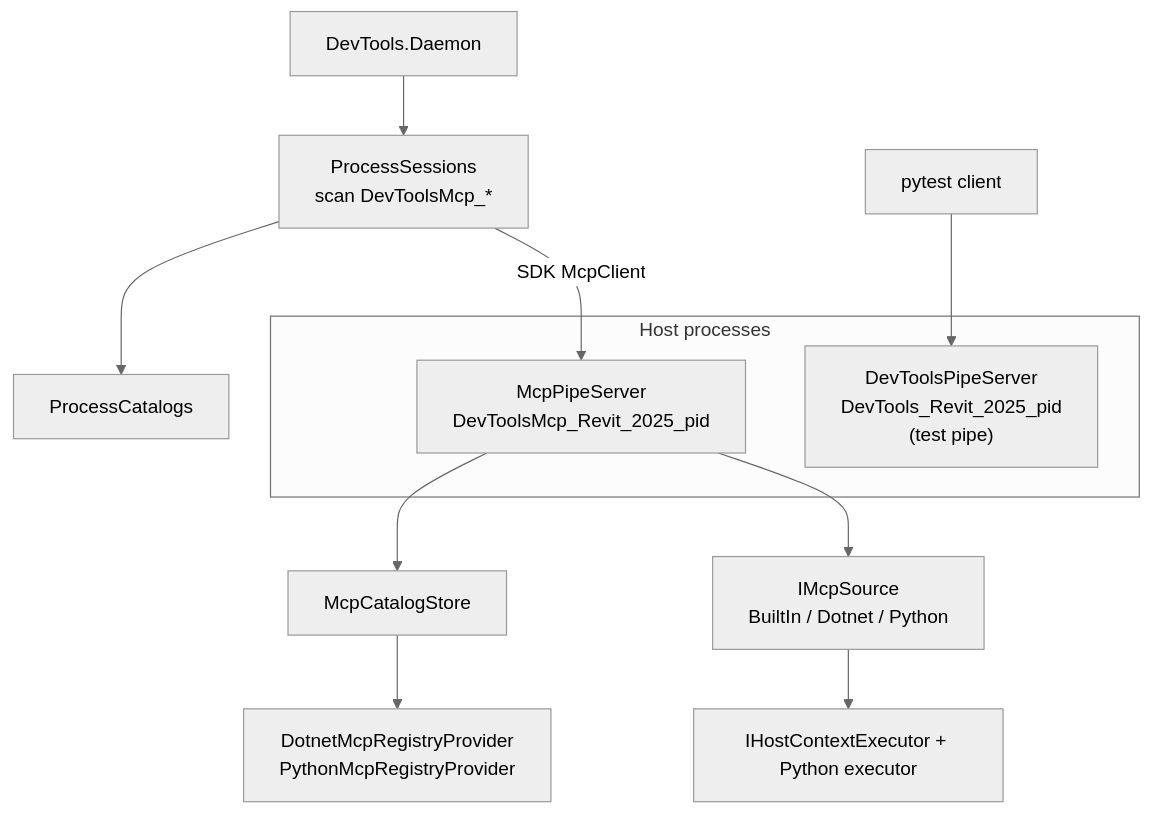
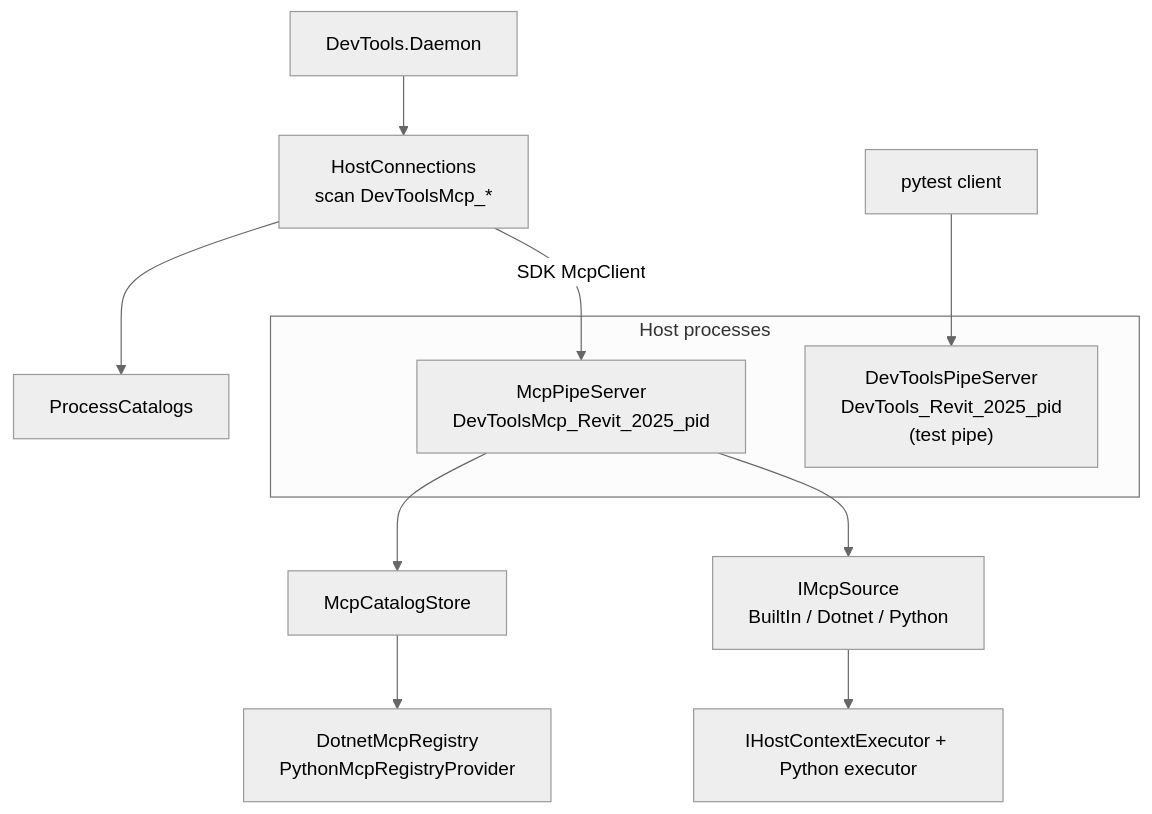
One commit to trgiangv/RevitDevTool changed the first of 2 diagrams in docs/architecture/MCP/in-host-runtime.md. Above: the diagram before and after it, drawn with Mermaid (neutral theme). The commit also changed other lines of this file and 88 other files, not shown here.

````diff
--- a/docs/architecture/MCP/in-host-runtime.md
+++ b/docs/architecture/MCP/in-host-runtime.md
@@ -8,25 +8,25 @@
 ```mermaid
 flowchart TB
     Daemon["DevTools.Daemon"]
-    Sessions["ProcessSessions<br/>scan DevToolsMcp_*"]
+    Sessions["HostConnections<br/>scan DevToolsMcp_*"]
     Catalog["ProcessCatalogs"]
 
     subgraph hosts["Host processes"]
         McpPipe["McpPipeServer<br/>DevToolsMcp_Revit_2025_pid"]
         PytestPipe["DevToolsPipeServer<br/>DevTools_Revit_2025_pid<br/>(test pipe)"]
     end
 
     Registry["McpCatalogStore"]
-    Providers["DotnetMcpRegistryProvider<br/>PythonMcpRegistryProvider"]
+    Providers["DotnetMcpRegistry<br/>PythonMcpRegistryProvider"]
     Sources["IMcpSource<br/>BuiltIn / Dotnet / Python"]
     Host["IHostContextExecutor + Python executor"]
 
     Daemon --> Sessions
     Sessions --> Catalog
     Sessions -->|"SDK McpClient"| McpPipe
     McpPipe --> Registry
     Registry --> Providers
     McpPipe --> Sources
     Sources --> Host
     Pytest["pytest client"] --> PytestPipe
 ```
````
